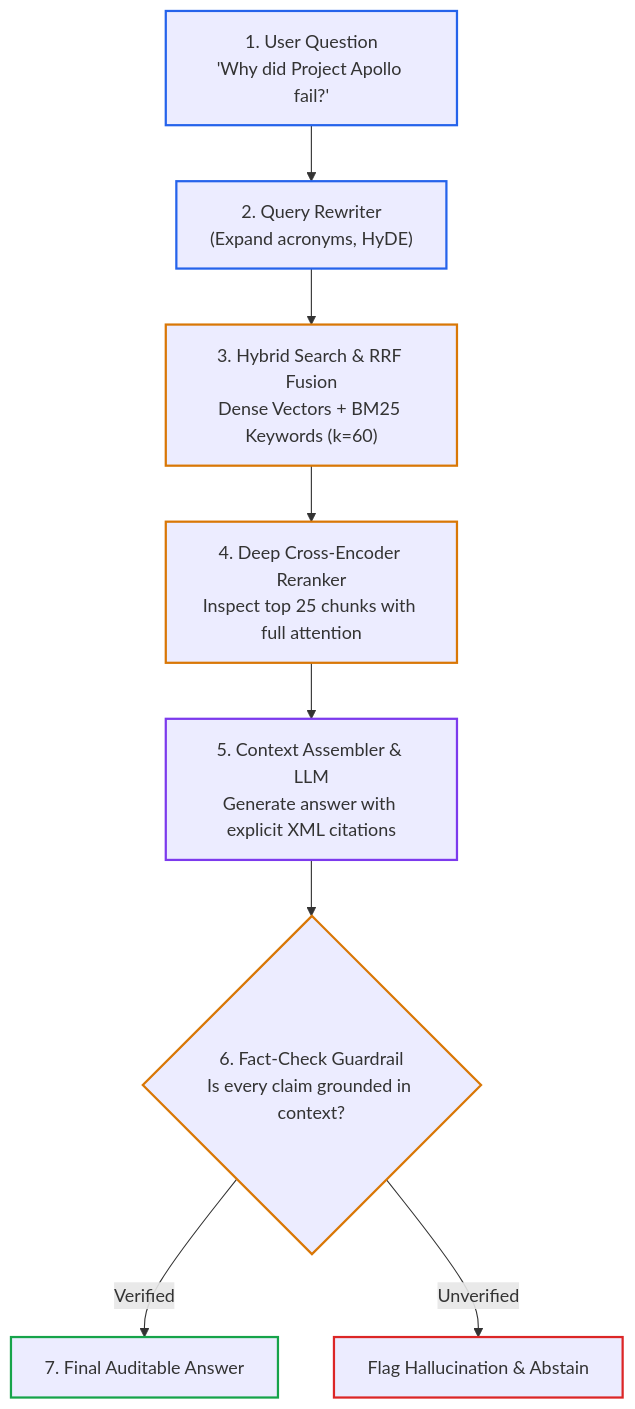
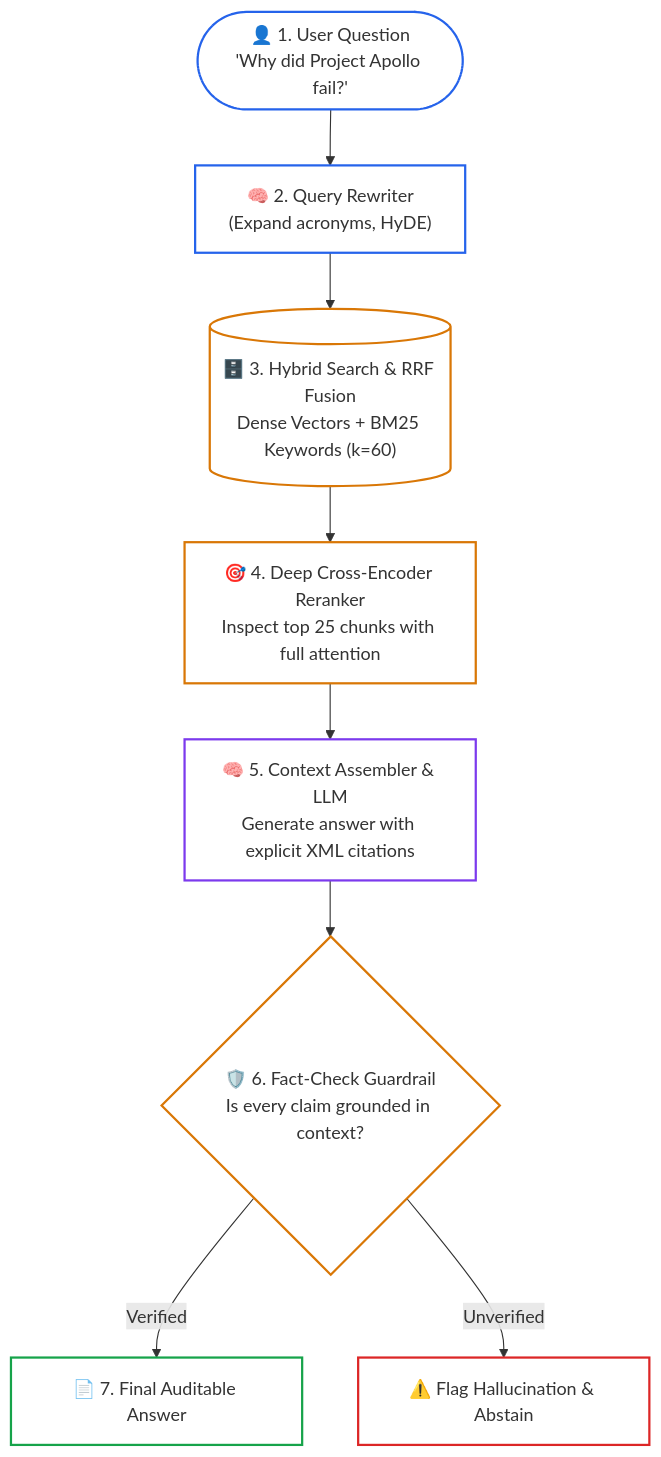
One commit to dip4k/senior-engineer-to-ai-engineer-roadmap changed the second of 2 diagrams in 02-rag-and-knowledge-systems/README.md. Above: the diagram before and after it, drawn with Mermaid. The commit also changed other lines of this file and 39 other files, not shown here.

First line of the commit message:
feat(curriculum): upgrade mermaid diagrams with unicode icons & codify anti-bloat layout rules

````diff
--- a/02-rag-and-knowledge-systems/README.md
+++ b/02-rag-and-knowledge-systems/README.md
@@ -49,19 +49,19 @@
 ```mermaid
 flowchart TD
-    UQ["1. User Question<br>'Why did Project Apollo fail?'"] --> QR["2. Query Rewriter<br>(Expand acronyms, HyDE)"]
-    QR --> HYBRID["3. Hybrid Search & RRF Fusion<br>Dense Vectors + BM25 Keywords (k=60)"]
-    HYBRID --> RR["4. Deep Cross-Encoder Reranker<br>Inspect top 25 chunks with full attention"]
-    RR --> LLM["5. Context Assembler & LLM<br>Generate answer with explicit XML citations"]
-    LLM --> GD{"6. Fact-Check Guardrail<br>Is every claim grounded in context?"}
-    GD -- "Verified" --> ANS["7. Final Auditable Answer"]
-    GD -- "Unverified" --> ABSTAIN["Flag Hallucination & Abstain"]
+    UQ(["👤 1. User Question<br>'Why did Project Apollo fail?'"]) --> QR["🧠 2. Query Rewriter<br>(Expand acronyms, HyDE)"]
+    QR --> HYBRID[("🗄️ 3. Hybrid Search & RRF Fusion<br>Dense Vectors + BM25 Keywords (k=60)")]
+    HYBRID --> RR["🎯 4. Deep Cross-Encoder Reranker<br>Inspect top 25 chunks with full attention"]
+    RR --> LLM["🧠 5. Context Assembler & LLM<br>Generate answer with explicit XML citations"]
+    LLM --> GD{"🛡️ 6. Fact-Check Guardrail<br>Is every claim grounded in context?"}
+    GD -- "Verified" --> ANS["📄 7. Final Auditable Answer"]
+    GD -- "Unverified" --> ABSTAIN["⚠️ Flag Hallucination & Abstain"]
 
-    style UQ stroke:#2563eb,stroke-width:2px
-    style QR stroke:#2563eb,stroke-width:2px
-    style HYBRID stroke:#d97706,stroke-width:2px
-    style RR stroke:#d97706,stroke-width:2px
-    style LLM stroke:#7c3aed,stroke-width:2px
-    style GD stroke:#d97706,stroke-width:2px
-    style ANS stroke:#16a34a,stroke-width:2px
-    style ABSTAIN stroke:#dc2626,stroke-width:2px
+    style UQ stroke:#2563eb,stroke-width:2px,fill:none
+    style QR stroke:#2563eb,stroke-width:2px,fill:none
+    style HYBRID stroke:#d97706,stroke-width:2px,fill:none
+    style RR stroke:#d97706,stroke-width:2px,fill:none
+    style LLM stroke:#7c3aed,stroke-width:2px,fill:none
+    style GD stroke:#d97706,stroke-width:2px,fill:none
+    style ANS stroke:#16a34a,stroke-width:2px,fill:none
+    style ABSTAIN stroke:#dc2626,stroke-width:2px,fill:none
 ```
````
